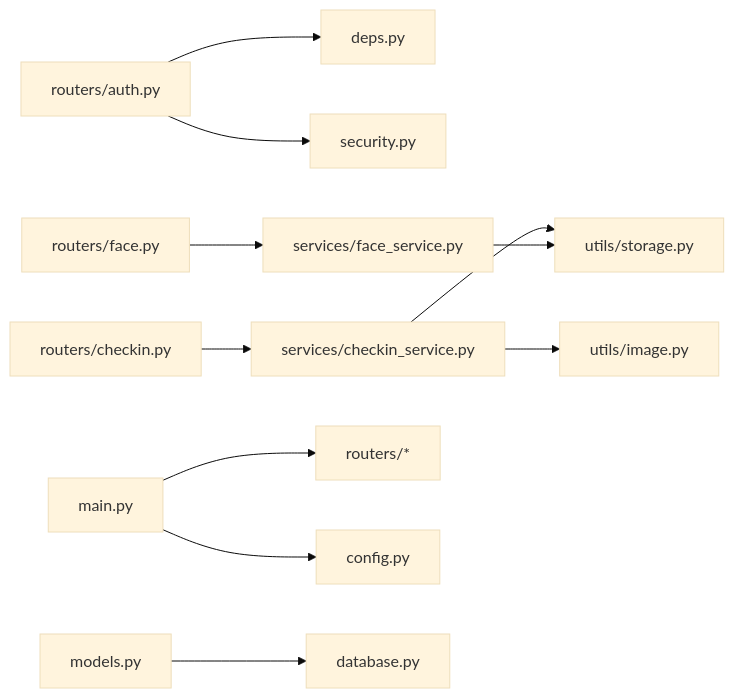
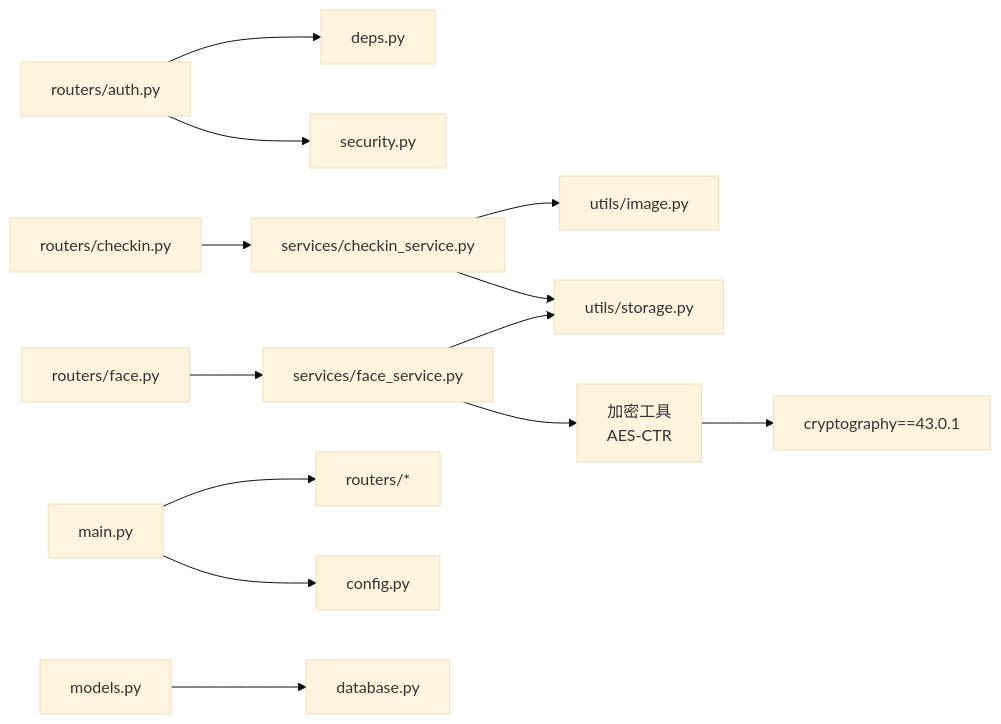
Before and after one commit to onebody/homework: the sixth of 6 diagrams in .qoder/repowiki/zh/content/安全与认证机制/数据安全保护.md, drawn with Mermaid (base theme). The commit also changed other lines of this file and 14 other files, not shown here.

````diff
--- a/.qoder/repowiki/zh/content/安全与认证机制/数据安全保护.md
+++ b/.qoder/repowiki/zh/content/安全与认证机制/数据安全保护.md
@@ -334,13 +363,15 @@
 ```mermaid
 graph LR
 RouterAuth["routers/auth.py"] --> Deps["deps.py"]
 RouterAuth --> Security["security.py"]
 RouterFace["routers/face.py"] --> FaceSvc["services/face_service.py"]
 RouterCheckin["routers/checkin.py"] --> CheckinSvc["services/checkin_service.py"]
 CheckinSvc --> ImageUtils["utils/image.py"]
 CheckinSvc --> StorageUtils["utils/storage.py"]
 FaceSvc --> StorageUtils
+FaceSvc --> CryptoUtils["加密工具<br/>AES-CTR"]
 Main["main.py"] --> Routers["routers/*"]
 Main --> Config["config.py"]
 Models["models.py"] --> Database["database.py"]
+CryptoUtils --> Cryptography["cryptography==43.0.1"]
 ```
````
